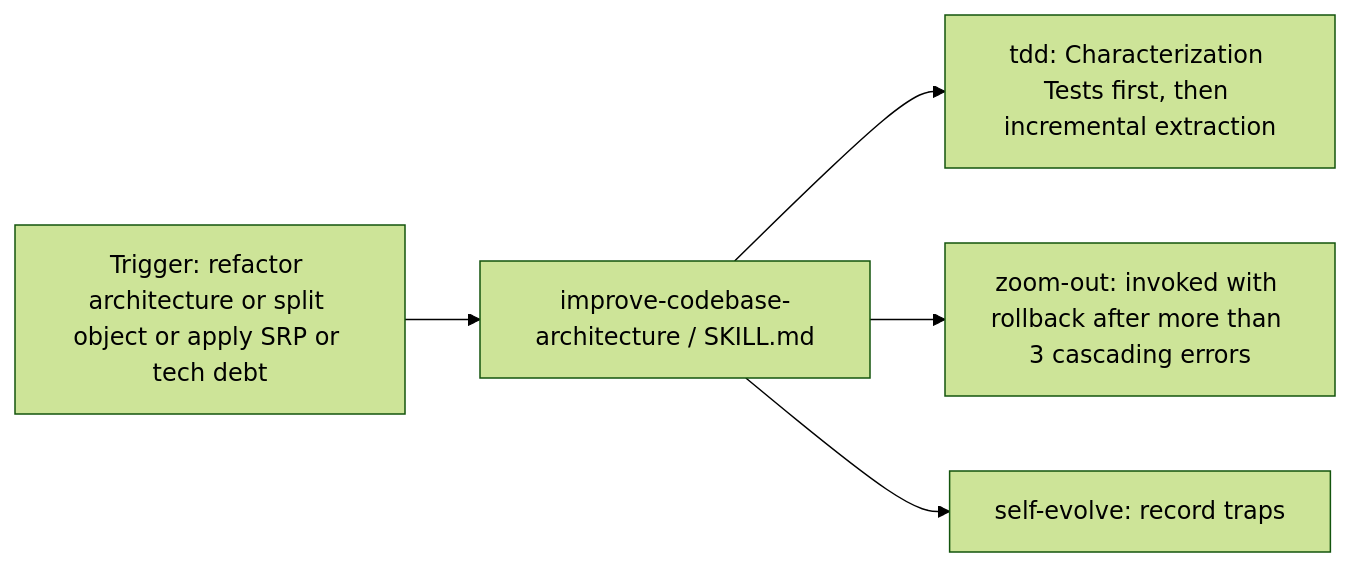
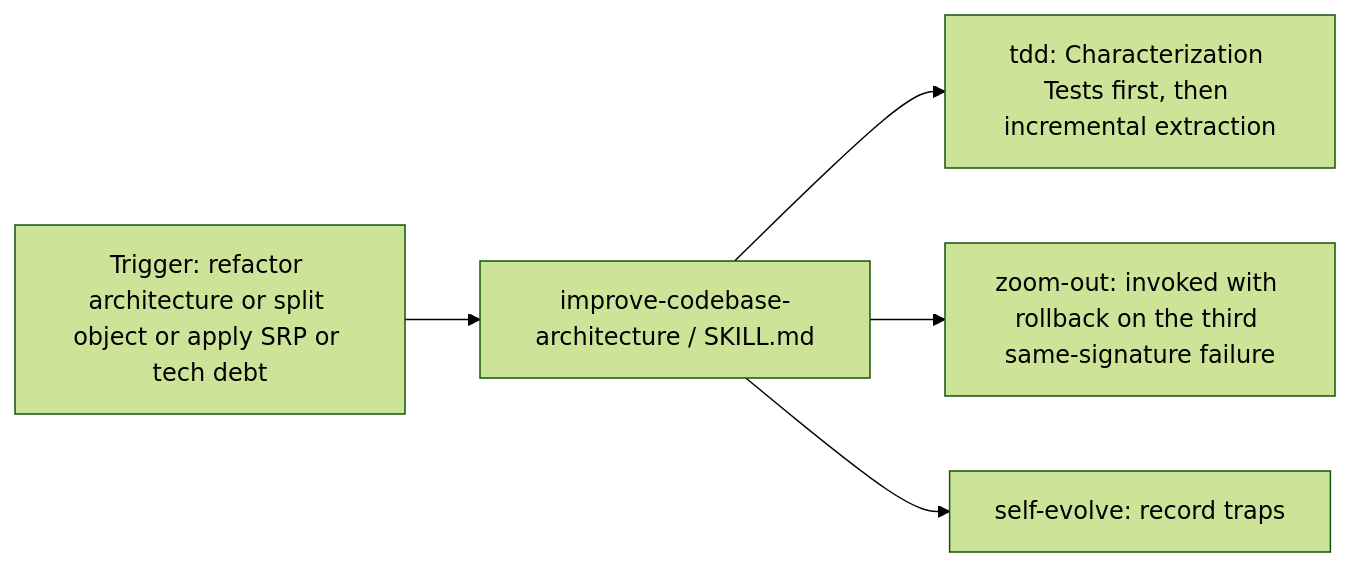
One commit to dyphn1/Harness-everything changed the second of 3 diagrams in docs/workflows/improve-codebase-architecture.md. Above: the diagram before and after it, drawn with Mermaid (forest theme). The commit also changed other lines of this file, not shown here.

Commit message:
docs(rule-of-3): align architecture rollback threshold

````diff
--- a/docs/workflows/improve-codebase-architecture.md
+++ b/docs/workflows/improve-codebase-architecture.md
@@ -27,7 +27,7 @@
 ```mermaid
 graph LR
   TechDebt["Trigger: refactor architecture or split object or apply SRP or tech debt"] --> ICA["improve-codebase-architecture / SKILL.md"]
   ICA --> TDD["tdd: Characterization Tests first, then incremental extraction"]
-  ICA --> ZoomOut["zoom-out: invoked with rollback after more than 3 cascading errors"]
+  ICA --> ZoomOut["zoom-out: invoked with rollback on the third same-signature failure"]
   ICA --> SelfEvolve["self-evolve: record traps"]
 ```
````
